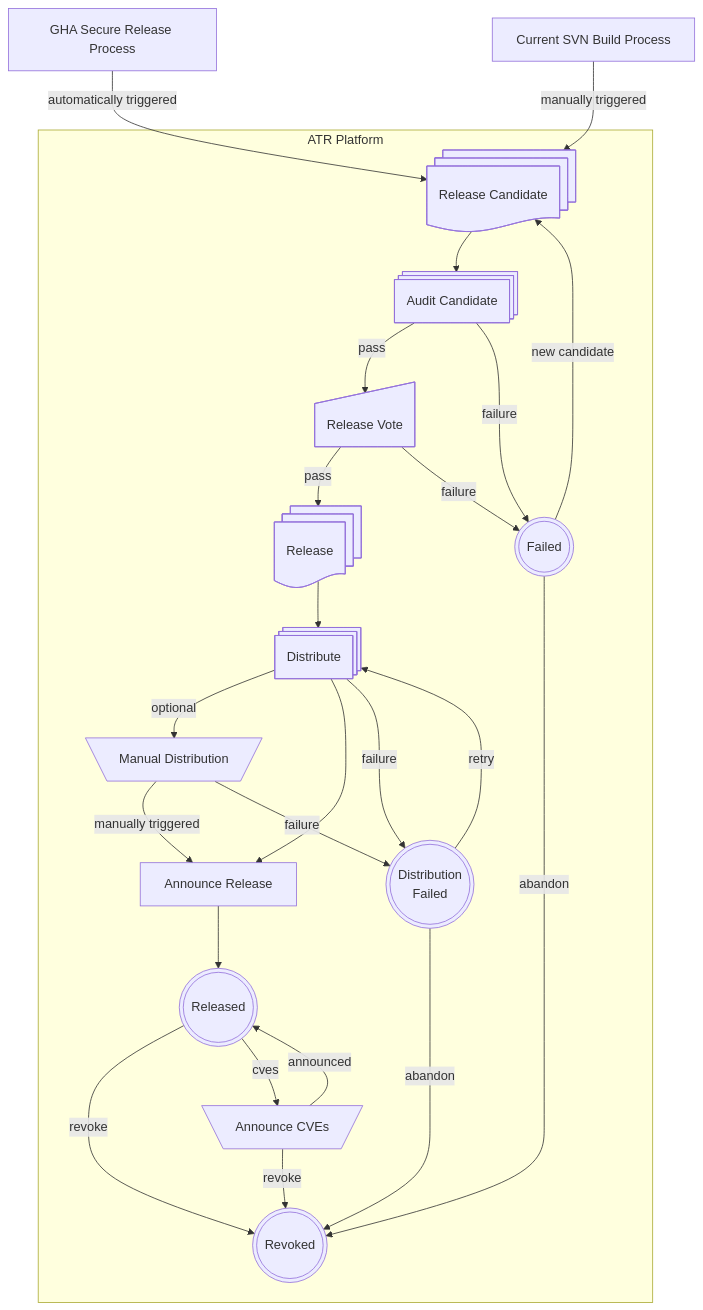
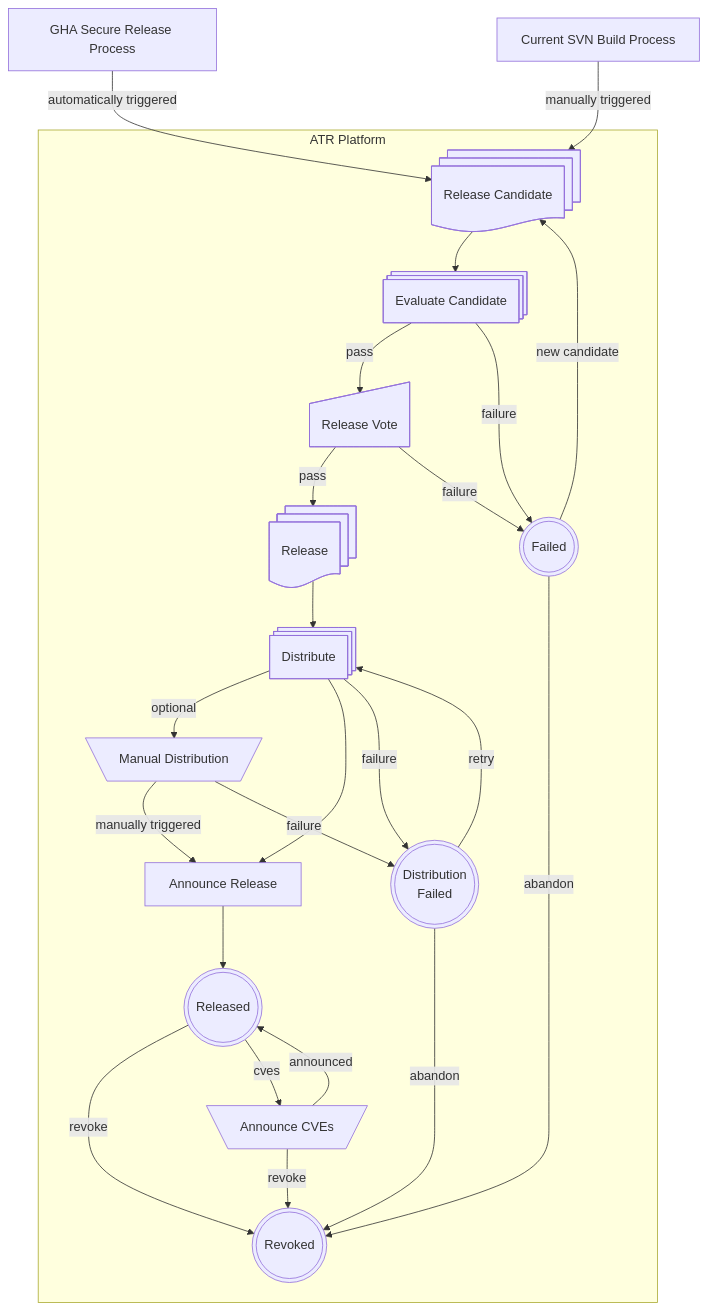
The diagram in apache-trusted-release/lifecycle.md (jbampton/tooling-docs), drawn with Mermaid before and after one commit. The commit also changed other lines of this file, not shown here.

````diff
--- a/apache-trusted-release/lifecycle.md
+++ b/apache-trusted-release/lifecycle.md
@@ -3,41 +3,41 @@
 ```mermaid
 flowchart TD
     A[GHA Secure Release Process]
     B[Current SVN Build Process]
     C@{ shape: docs, label: "Release Candidate" }
     A -->|automatically triggered| C
     B -->|manually triggered| C
     subgraph ATR Platform
-    D@{ shape: processes, label: "Audit Candidate" }
+    D@{ shape: processes, label: "Evaluate Candidate" }
     C --> D
     E@{ shape: sl-rect, label: "Release Vote" }
     F@{ shape: dbl-circ, label: "Failed" }
     FF@{ shape: dbl-circ, label: "Distribution\nFailed" }
     D -->|pass| E
     D -->|failure| F
     F -->|new candidate| C
     F -->|abandon| K
     FF -->|retry| G
     FF -->|abandon| K
     G@{ shape: processes, label: "Distribute" }
     E -->|pass| JJ
     E -->|failure| F
     H@{ shape: trap-t, label: "Manual Distribution" }
     G -->|optional| H
     I[Announce Release]
     G --> I
     G -->|failure| FF
     H -->|manually triggered| I
     H -->|failure| FF
     J@{ shape: dbl-circ, label: "Released" }
     JJ@{ shape: docs, label: "Release" }
     JJ --> G
     I --> J
     K@{ shape: dbl-circ, label: "Revoked" }
     L@{ shape: trap-t, label: "Announce CVEs" }
     J -->|revoke| K
     J -->|cves| L
     L -->|announced| J
     L -->|revoke| K
     end
 ```
````
